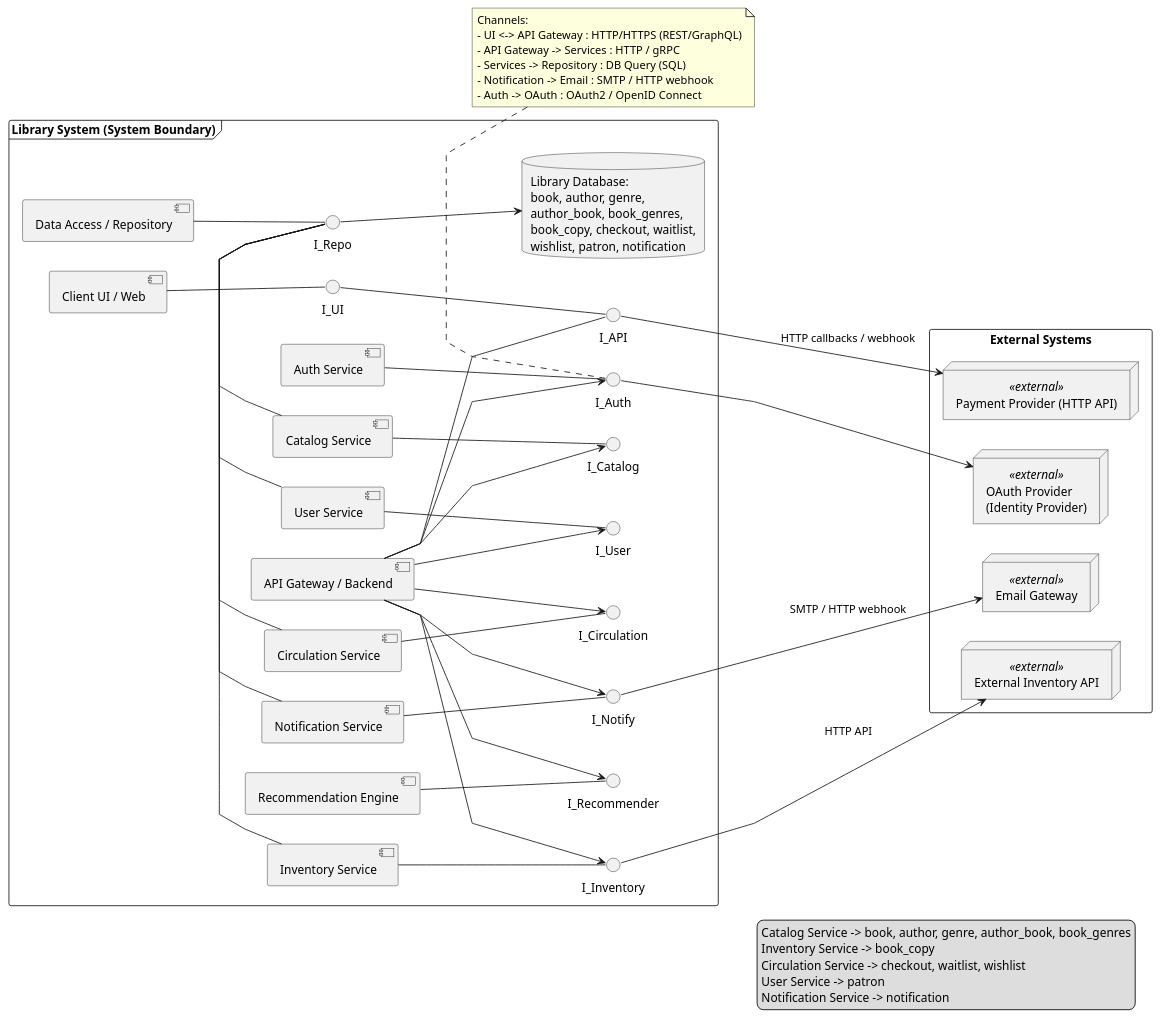
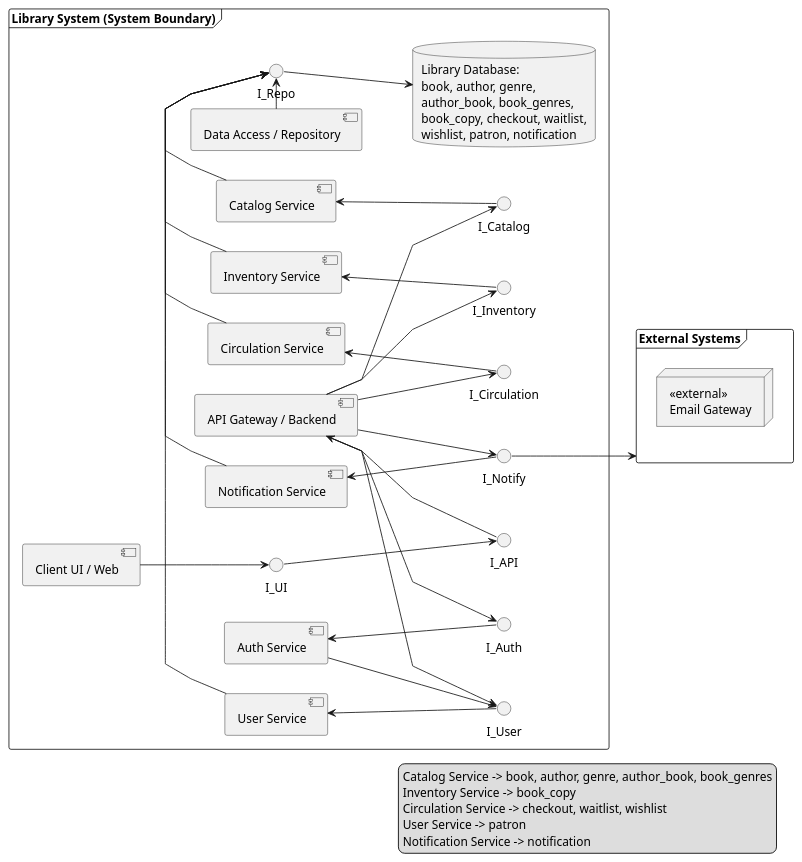
The diagram in cpe/lab5/Component-Diagram-PlantUML.puml (Shizulka/library-database), drawn with PlantUML before and after one commit. The commit also changed 1 other file, not shown here.

Commit message:
update component diagram

```diff
--- a/cpe/lab5/Component-Diagram-PlantUML.puml
+++ b/cpe/lab5/Component-Diagram-PlantUML.puml
@@ -1,93 +1,76 @@
 @startuml
 
 skinparam linetype polyline
 left to right direction
 
-rectangle "External Systems" as EXT {
-  node "OAuth Provider\n(Identity Provider)" as OAuth <<external>>
-  node "Email Gateway" as MsgGateway <<external>>
-  node "Payment Provider (HTTP API)" as Payment <<external>>
-  node "External Inventory API" as ExtInv <<external>>
+frame "External Systems" as EXT {
+  node "<<external>>\nEmail Gateway" as MsgGateway
 }
 
 frame "Library System (System Boundary)" {
   component "Client UI / Web" as UI
   interface I_UI
-  UI -- I_UI
+  UI --> I_UI
 
   component "API Gateway / Backend" as APIGW
   interface I_API
-  I_UI -d- I_API
-  APIGW -- I_API
+  I_UI --> I_API
+  APIGW <-- I_API
 
   component "Catalog Service" as Catalog
   interface I_Catalog
-  APIGW -d-> I_Catalog
-  Catalog -- I_Catalog
+  APIGW --> I_Catalog
+  Catalog <-- I_Catalog
 
   component "Inventory Service" as Inventory
   interface I_Inventory
-  APIGW -d-> I_Inventory
-  Inventory -- I_Inventory
+  APIGW --> I_Inventory
+  Inventory <-- I_Inventory
 
   component "Circulation Service" as Circulation
   interface I_Circulation
-  APIGW -d-> I_Circulation
-  Circulation -- I_Circulation
+  APIGW --> I_Circulation
+  Circulation <-- I_Circulation
 
   component "User Service" as UserService
   interface I_User
-  APIGW -d-> I_User
-  UserService -- I_User
+  APIGW --> I_User
+  UserService <-- I_User
 
   component "Notification Service" as Notify
   interface I_Notify
-  APIGW -d-> I_Notify
-  Notify -- I_Notify
-
-  component "Recommendation Engine" as Recommender
-  interface I_Recommender
-  APIGW -d-> I_Recommender
-  Recommender -- I_Recommender
+  APIGW --> I_Notify
+  Notify <-- I_Notify
 
   component "Data Access / Repository" as Repo
   interface I_Repo
-  Catalog - I_Repo
-  Inventory - I_Repo
-  Circulation - I_Repo
-  UserService - I_Repo
-  Notify - I_Repo
-  Repo -- I_Repo
+  Catalog -> I_Repo
+  Inventory -> I_Repo
+  Circulation -> I_Repo
+  UserService -> I_Repo
+  Notify -> I_Repo
+  Repo -> I_Repo
 
   database "Library Database:\nbook, author, genre,\nauthor_book, book_genres,\nbook_copy, checkout, waitlist,\nwishlist, patron, notification" as DB
-  I_Repo -d-> DB
+  I_Repo --> DB
 
   component "Auth Service" as Auth
   interface I_Auth
   APIGW -d-> I_Auth
-  Auth -- I_Auth
-  I_Auth -d-> OAuth
+  Auth -d-> I_User
+  Auth <-- I_Auth
 
-  I_Notify -d-> MsgGateway : "SMTP / HTTP webhook"
-  I_API -d-> Payment : "HTTP callbacks / webhook"
-  I_Inventory -d-> ExtInv : "HTTP API"
+
+  I_Notify --> EXT
 }
 
-note bottom
-Channels:
-- UI <-> API Gateway : HTTP/HTTPS (REST/GraphQL)
-- API Gateway -> Services : HTTP / gRPC
-- Services -> Repository : DB Query (SQL)
-- Notification -> Email : SMTP / HTTP webhook
-- Auth -> OAuth : OAuth2 / OpenID Connect
-end note
 
 legend right
   Catalog Service -> book, author, genre, author_book, book_genres
   Inventory Service -> book_copy
   Circulation Service -> checkout, waitlist, wishlist
   User Service -> patron
   Notification Service -> notification
 endlegend
 
 @enduml
```
